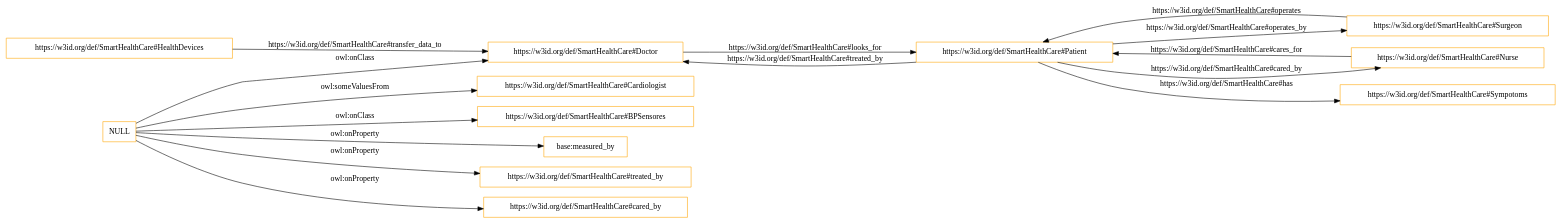
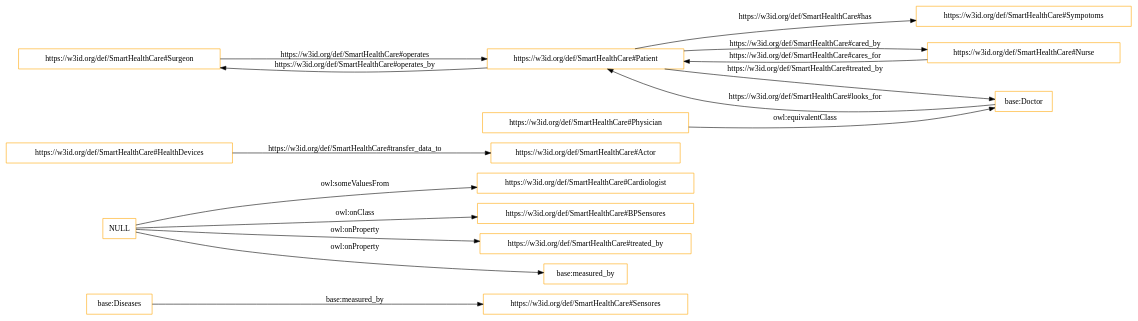
Before and after one commit to tiwari2019/myrepo: the diagram in OnToology/Healthcare.owl/diagrams/ar2dtool-class/Healthcare.owl.png.dot, drawn with Graphviz. The commit also changed 13 other files, not shown here.

```diff
--- a/OnToology/Healthcare.owl/diagrams/ar2dtool-class/Healthcare.owl.png.dot
+++ b/OnToology/Healthcare.owl/diagrams/ar2dtool-class/Healthcare.owl.png.dot
@@ -1,20 +1,20 @@
 digraph ar2dtool_diagram { 
 rankdir=LR;
 size="1501"
-node [shape = rectangle, color="orange"]; "https://w3id.org/def/SmartHealthCare#Cardiologist" "https://w3id.org/def/SmartHealthCare#BPSensores" "https://w3id.org/def/SmartHealthCare#HealthDevices" "https://w3id.org/def/SmartHealthCare#Surgeon" "https://w3id.org/def/SmartHealthCare#Doctor" "https://w3id.org/def/SmartHealthCare#Nurse" "https://w3id.org/def/SmartHealthCare#Sympotoms" "https://w3id.org/def/SmartHealthCare#Patient" ; /*classes style*/
+node [shape = rectangle, color="orange"]; "base:Diseases" "https://w3id.org/def/SmartHealthCare#Cardiologist" "https://w3id.org/def/SmartHealthCare#BPSensores" "https://w3id.org/def/SmartHealthCare#HealthDevices" "https://w3id.org/def/SmartHealthCare#Surgeon" "https://w3id.org/def/SmartHealthCare#Physician" "https://w3id.org/def/SmartHealthCare#Nurse" "base:Doctor" "https://w3id.org/def/SmartHealthCare#Sympotoms" "https://w3id.org/def/SmartHealthCare#Sensores" "https://w3id.org/def/SmartHealthCare#Actor" "https://w3id.org/def/SmartHealthCare#Patient" ; /*classes style*/
 	"NULL" -> "https://w3id.org/def/SmartHealthCare#Cardiologist" [ label = "owl:someValuesFrom" ];
 	"NULL" -> "https://w3id.org/def/SmartHealthCare#treated_by" [ label = "owl:onProperty" ];
-	"NULL" -> "https://w3id.org/def/SmartHealthCare#Doctor" [ label = "owl:onClass" ];
-	"NULL" -> "https://w3id.org/def/SmartHealthCare#cared_by" [ label = "owl:onProperty" ];
 	"NULL" -> "https://w3id.org/def/SmartHealthCare#BPSensores" [ label = "owl:onClass" ];
 	"NULL" -> "base:measured_by" [ label = "owl:onProperty" ];
-	"https://w3id.org/def/SmartHealthCare#HealthDevices" -> "https://w3id.org/def/SmartHealthCare#Doctor" [ label = "https://w3id.org/def/SmartHealthCare#transfer_data_to" ];
-	"https://w3id.org/def/SmartHealthCare#Doctor" -> "https://w3id.org/def/SmartHealthCare#Patient" [ label = "https://w3id.org/def/SmartHealthCare#looks_for" ];
-	"https://w3id.org/def/SmartHealthCare#Patient" -> "https://w3id.org/def/SmartHealthCare#Doctor" [ label = "https://w3id.org/def/SmartHealthCare#treated_by" ];
+	"https://w3id.org/def/SmartHealthCare#Physician" -> "base:Doctor" [ label = "owl:equivalentClass" ];
+	"https://w3id.org/def/SmartHealthCare#HealthDevices" -> "https://w3id.org/def/SmartHealthCare#Actor" [ label = "https://w3id.org/def/SmartHealthCare#transfer_data_to" ];
+	"base:Doctor" -> "https://w3id.org/def/SmartHealthCare#Patient" [ label = "https://w3id.org/def/SmartHealthCare#looks_for" ];
+	"https://w3id.org/def/SmartHealthCare#Patient" -> "base:Doctor" [ label = "https://w3id.org/def/SmartHealthCare#treated_by" ];
+	"base:Diseases" -> "https://w3id.org/def/SmartHealthCare#Sensores" [ label = "base:measured_by" ];
 	"https://w3id.org/def/SmartHealthCare#Patient" -> "https://w3id.org/def/SmartHealthCare#Surgeon" [ label = "https://w3id.org/def/SmartHealthCare#operates_by" ];
 	"https://w3id.org/def/SmartHealthCare#Patient" -> "https://w3id.org/def/SmartHealthCare#Sympotoms" [ label = "https://w3id.org/def/SmartHealthCare#has" ];
 	"https://w3id.org/def/SmartHealthCare#Patient" -> "https://w3id.org/def/SmartHealthCare#Nurse" [ label = "https://w3id.org/def/SmartHealthCare#cared_by" ];
 	"https://w3id.org/def/SmartHealthCare#Surgeon" -> "https://w3id.org/def/SmartHealthCare#Patient" [ label = "https://w3id.org/def/SmartHealthCare#operates" ];
 	"https://w3id.org/def/SmartHealthCare#Nurse" -> "https://w3id.org/def/SmartHealthCare#Patient" [ label = "https://w3id.org/def/SmartHealthCare#cares_for" ];
 
 }
```
